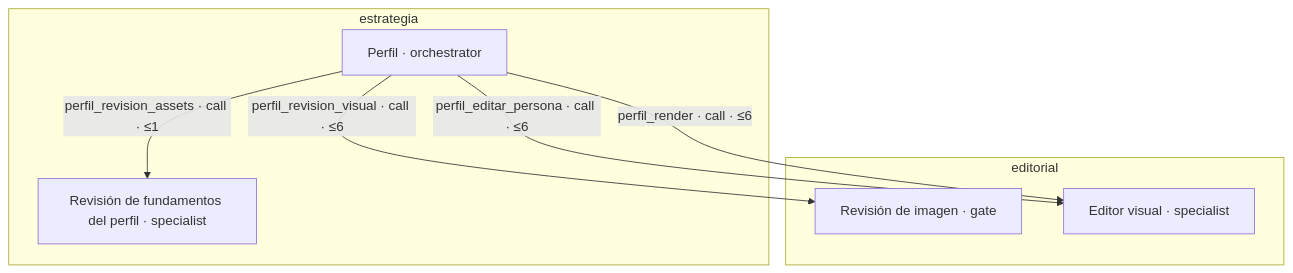
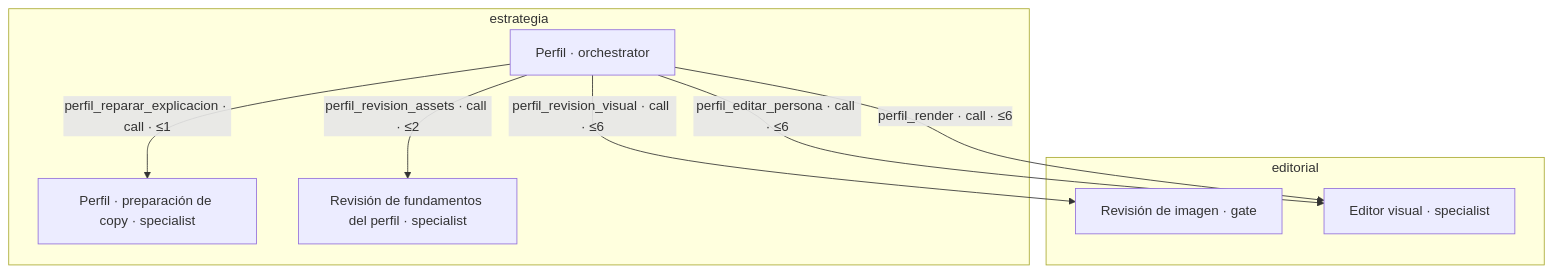
Diagram 15 of 15 in docs/arquitectura/grafo.md (gustavop-dev/barrio-ai), drawn with Mermaid before and after one commit. The commit also changed other lines of this file and 13 other files, not shown here.

````diff
--- a/docs/arquitectura/grafo.md
+++ b/docs/arquitectura/grafo.md
@@ -534,16 +535,18 @@
 ```mermaid
 flowchart TD
   classDef planned stroke-dasharray: 5 5,fill:#f5f5f5,color:#555;
   subgraph grupo_editorial["editorial"]
     revision_visual["Revisión de imagen · gate"]
     editor_visual["Editor visual · specialist"]
   end
   subgraph grupo_estrategia["estrategia"]
     perfil["Perfil · orchestrator"]
+    ciclo_perfil["Perfil · preparación de copy · specialist"]
     revision_perfil["Revisión de fundamentos del perfil · specialist"]
   end
   perfil -->|"perfil_editar_persona · call · ≤6"| editor_visual
   perfil -->|"perfil_render · call · ≤6"| editor_visual
   perfil -->|"perfil_revision_visual · call · ≤6"| revision_visual
-  perfil -->|"perfil_revision_assets · call · ≤1"| revision_perfil
+  perfil -->|"perfil_revision_assets · call · ≤2"| revision_perfil
+  perfil -->|"perfil_reparar_explicacion · call · ≤1"| ciclo_perfil
 ```
````
